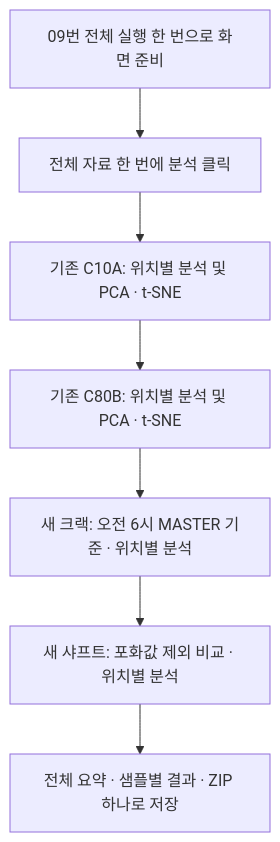
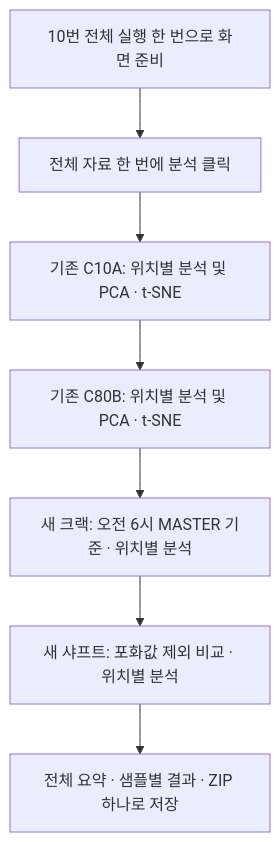
The diagram in docs/연구용_일괄비교_가이드.md (barraki72268-sketch/Koreamovenex), drawn with Mermaid before and after one commit. The commit also changed other lines of this file, not shown here.

````diff
--- a/docs/연구용_일괄비교_가이드.md
+++ b/docs/연구용_일괄비교_가이드.md
@@ -19,9 +21,9 @@
 ```mermaid
 flowchart TD
-  A[09번 전체 실행 한 번으로 화면 준비] --> B[전체 자료 한 번에 분석 클릭]
+  A[10번 전체 실행 한 번으로 화면 준비] --> B[전체 자료 한 번에 분석 클릭]
   B --> C[기존 C10A: 위치별 분석 및 PCA · t-SNE]
   C --> D[기존 C80B: 위치별 분석 및 PCA · t-SNE]
   D --> E[새 크랙: 오전 6시 MASTER 기준 · 위치별 분석]
   E --> F[새 샤프트: 포화값 제외 비교 · 위치별 분석]
   F --> G[전체 요약 · 샘플별 결과 · ZIP 하나로 저장]
 ```
````
